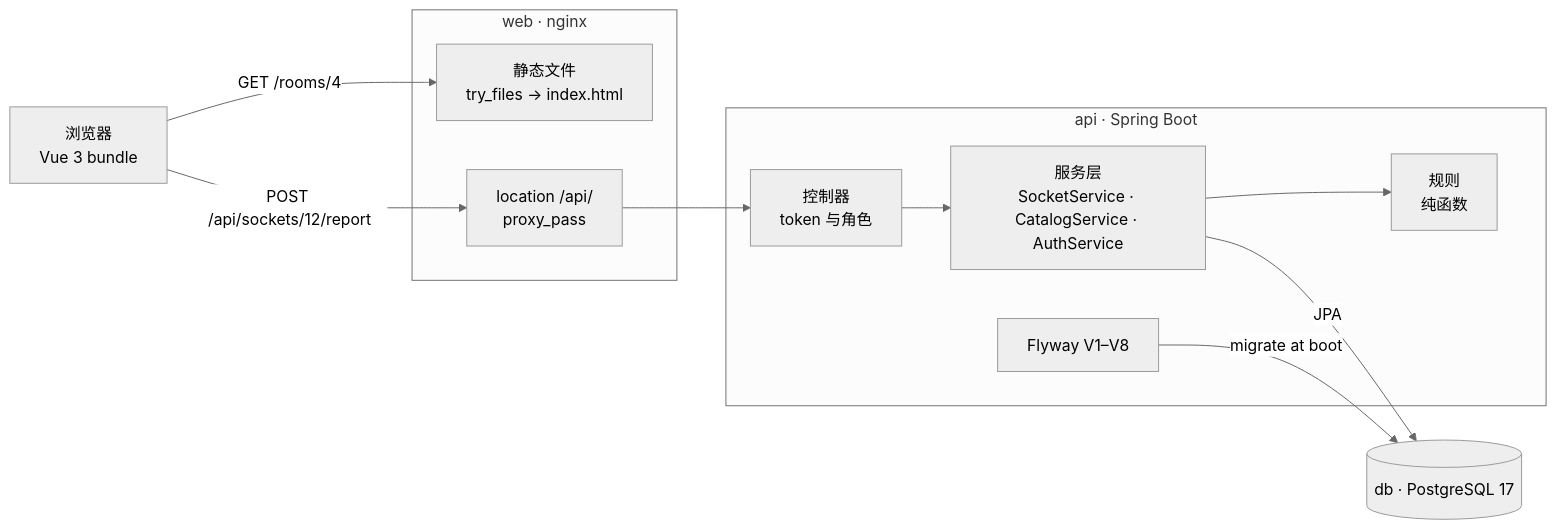
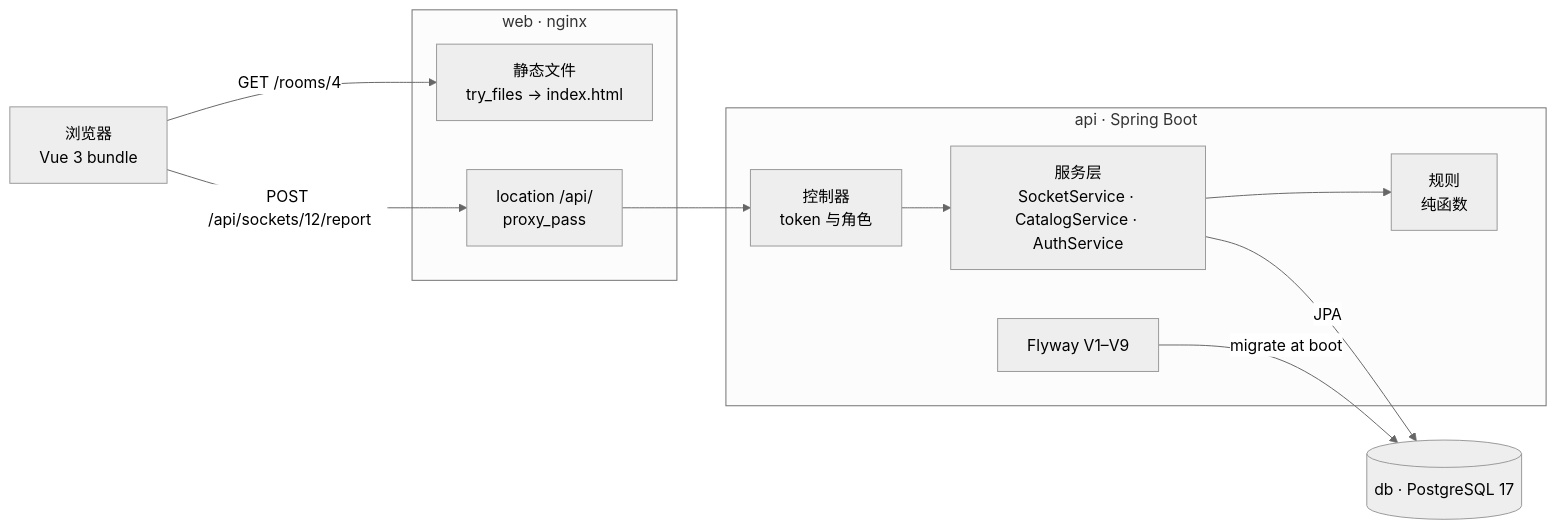
The diagram in docs/architecture.zh-CN.md (HenryLiu520/hku-socket-finder), drawn with Mermaid (neutral theme) before and after one commit. The commit also changed other lines of this file and 12 other files, not shown here.

````diff
--- a/docs/architecture.zh-CN.md
+++ b/docs/architecture.zh-CN.md
@@ -24,22 +24,22 @@
 ```mermaid
 flowchart LR
     B["浏览器<br/>Vue 3 bundle"]
     subgraph WEB["web · nginx"]
         N["静态文件<br/>try_files → index.html"]
         P["location /api/<br/>proxy_pass"]
     end
     subgraph API["api · Spring Boot"]
         C["控制器<br/>token 与角色"]
         S["服务层<br/>SocketService · CatalogService · AuthService"]
         R["规则<br/>纯函数"]
-        F["Flyway V1–V8"]
+        F["Flyway V1–V9"]
     end
     D[("db · PostgreSQL 17")]
     B -->|"GET /rooms/4"| N
     B -->|"POST /api/sockets/12/report"| P
     P --> C
     C --> S
     S --> R
     S -->|"JPA"| D
     F -->|"migrate at boot"| D
 ```
````
